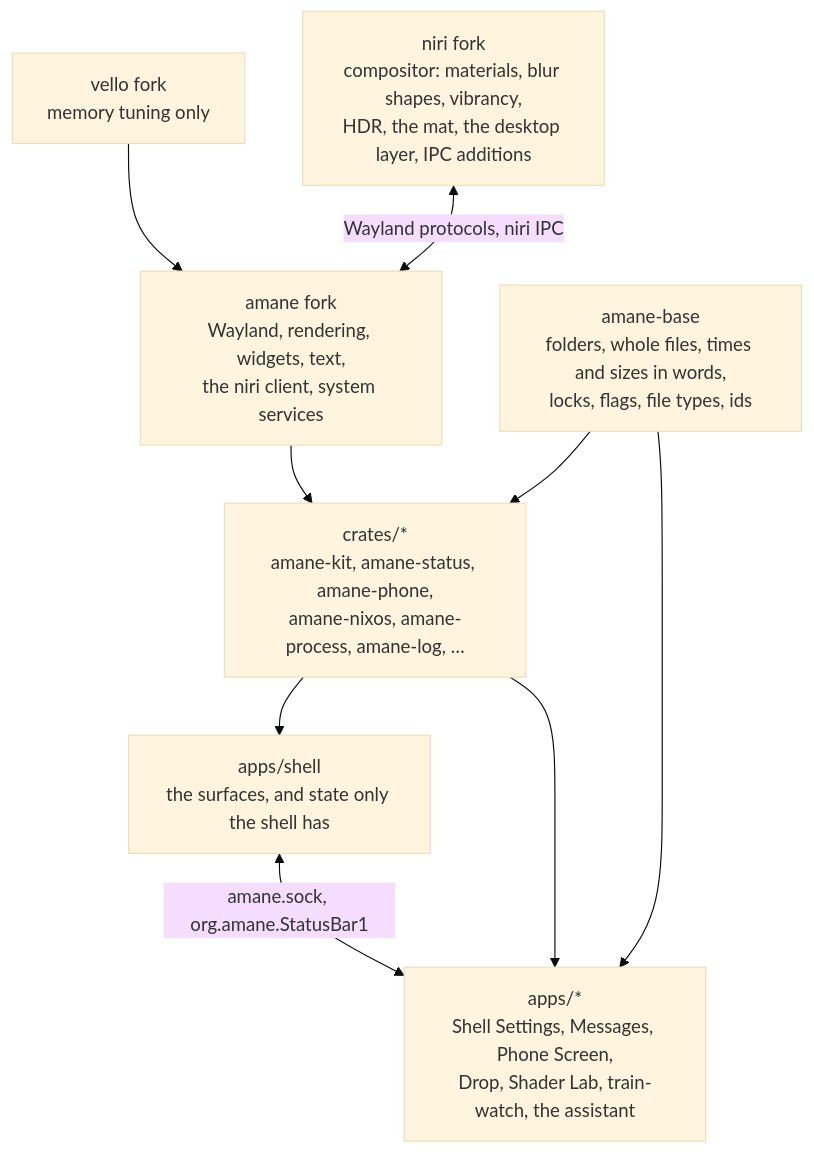
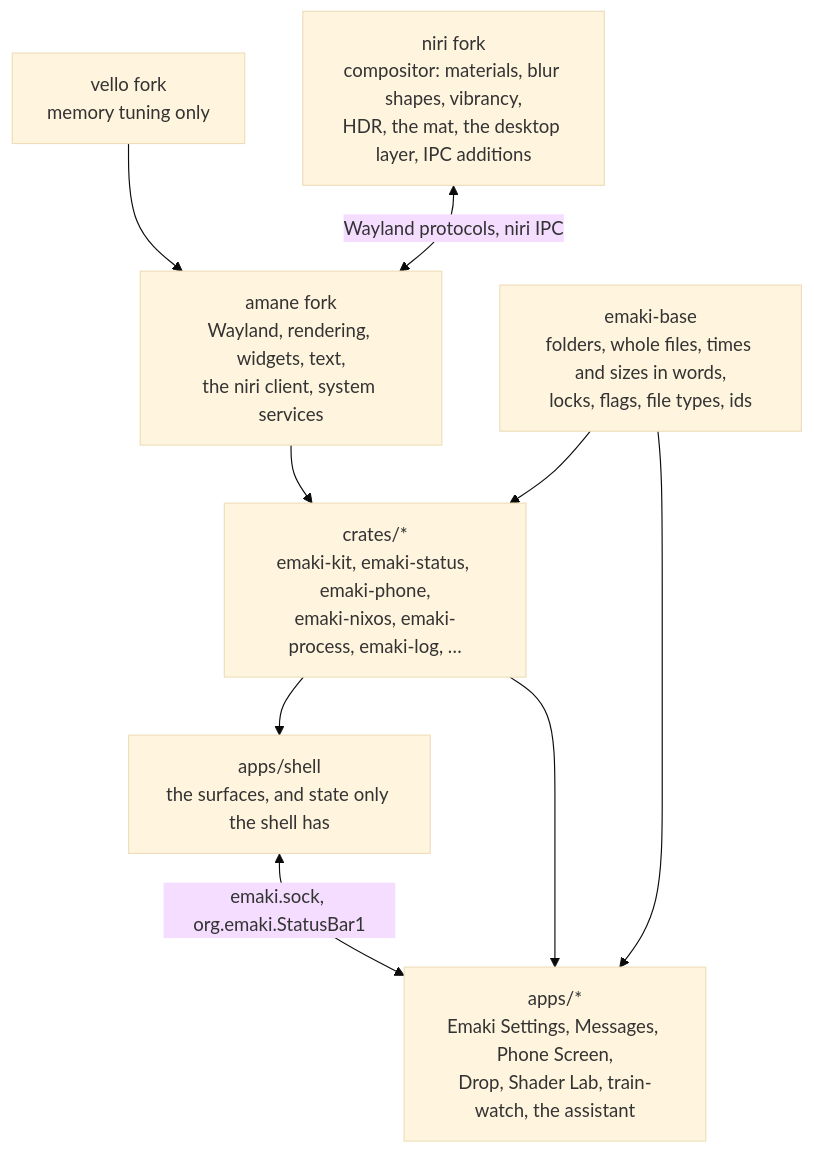
Before and after one commit to 098765434/amane-shell: the first of 3 diagrams in docs/developer/architecture.md, drawn with Mermaid (base theme). The commit also changed other lines of this file and 389 other files, not shown here.

Commit message:
amane-shell is emaki: packages, binaries, ids, env vars, sockets, D-Bus names, layer namespaces (mechanical)

````diff
--- a/docs/developer/architecture.md
+++ b/docs/developer/architecture.md
@@ -9,19 +9,19 @@
 ```mermaid
 flowchart TB
     niri["niri fork<br/>compositor: materials, blur shapes, vibrancy,<br/>HDR, the mat, the desktop layer, IPC additions"]
     vello["vello fork<br/>memory tuning only"]
     amane["amane fork<br/>Wayland, rendering, widgets, text,<br/>the niri client, system services"]
-    crates["crates/*<br/>amane-kit, amane-status, amane-phone,<br/>amane-nixos, amane-process, amane-log, …"]
-    base["amane-base<br/>folders, whole files, times and sizes in words,<br/>locks, flags, file types, ids"]
+    crates["crates/*<br/>emaki-kit, emaki-status, emaki-phone,<br/>emaki-nixos, emaki-process, emaki-log, …"]
+    base["emaki-base<br/>folders, whole files, times and sizes in words,<br/>locks, flags, file types, ids"]
     shell["apps/shell<br/>the surfaces, and state only the shell has"]
-    apps["apps/*<br/>Shell Settings, Messages, Phone Screen,<br/>Drop, Shader Lab, train-watch, the assistant"]
+    apps["apps/*<br/>Emaki Settings, Messages, Phone Screen,<br/>Drop, Shader Lab, train-watch, the assistant"]
 
     vello --> amane
     amane --> crates
     base --> crates
     base --> apps
     crates --> shell
     crates --> apps
     niri <-->|"Wayland protocols, niri IPC"| amane
-    shell <-->|"amane.sock, org.amane.StatusBar1"| apps
+    shell <-->|"emaki.sock, org.emaki.StatusBar1"| apps
 ```
````
